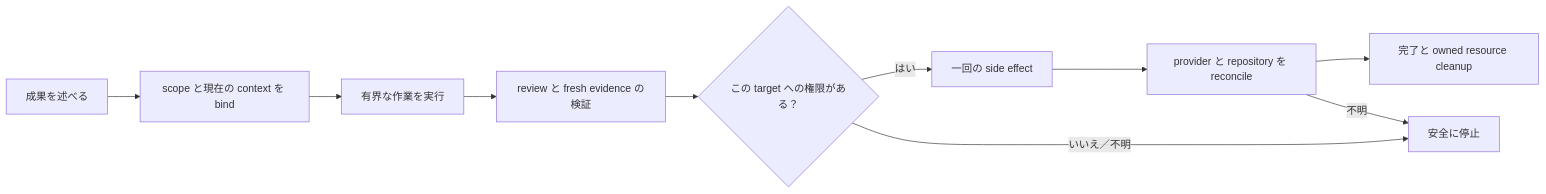
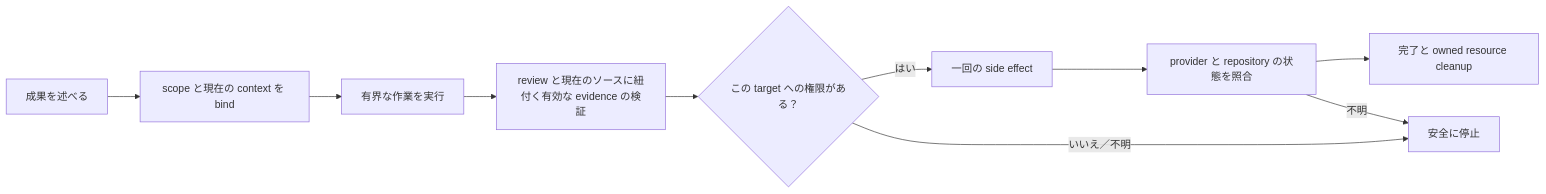
One commit to stephen-taipei/better-workflows changed the diagram in docs/README.ja.md. Above: the diagram before and after it, drawn with Mermaid. The commit also changed other lines of this file and 83 other files, not shown here.

````diff
--- a/docs/README.ja.md
+++ b/docs/README.ja.md
@@ -125,12 +125,12 @@
 ```mermaid
 flowchart LR
   A["成果を述べる"] --> B["scope と現在の context を bind"]
   B --> C["有界な作業を実行"]
-  C --> D["review と fresh evidence の検証"]
+  C --> D["review と現在のソースに紐付く有効な evidence の検証"]
   D --> E{"この target への権限がある？"}
   E -- "はい" --> F["一回の side effect"]
-  F --> G["provider と repository を reconcile"]
+  F --> G["provider と repository の状態を照合"]
   G --> H["完了と owned resource cleanup"]
   E -- "いいえ／不明" --> I["安全に停止"]
   G -- "不明" --> I
 ```
````
